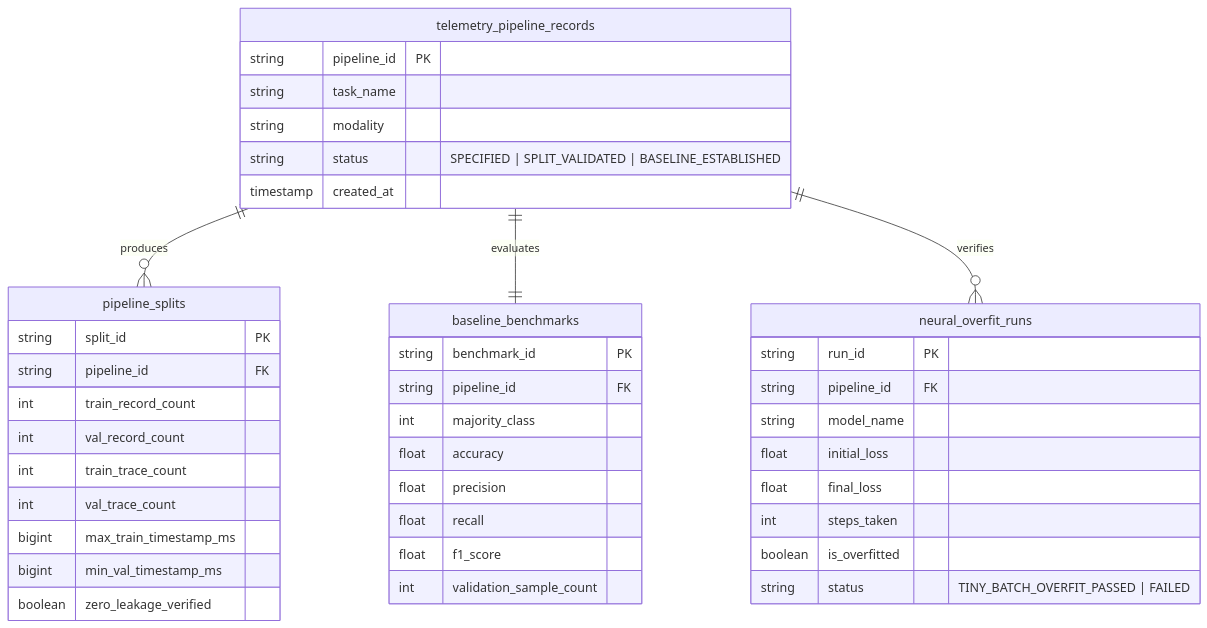
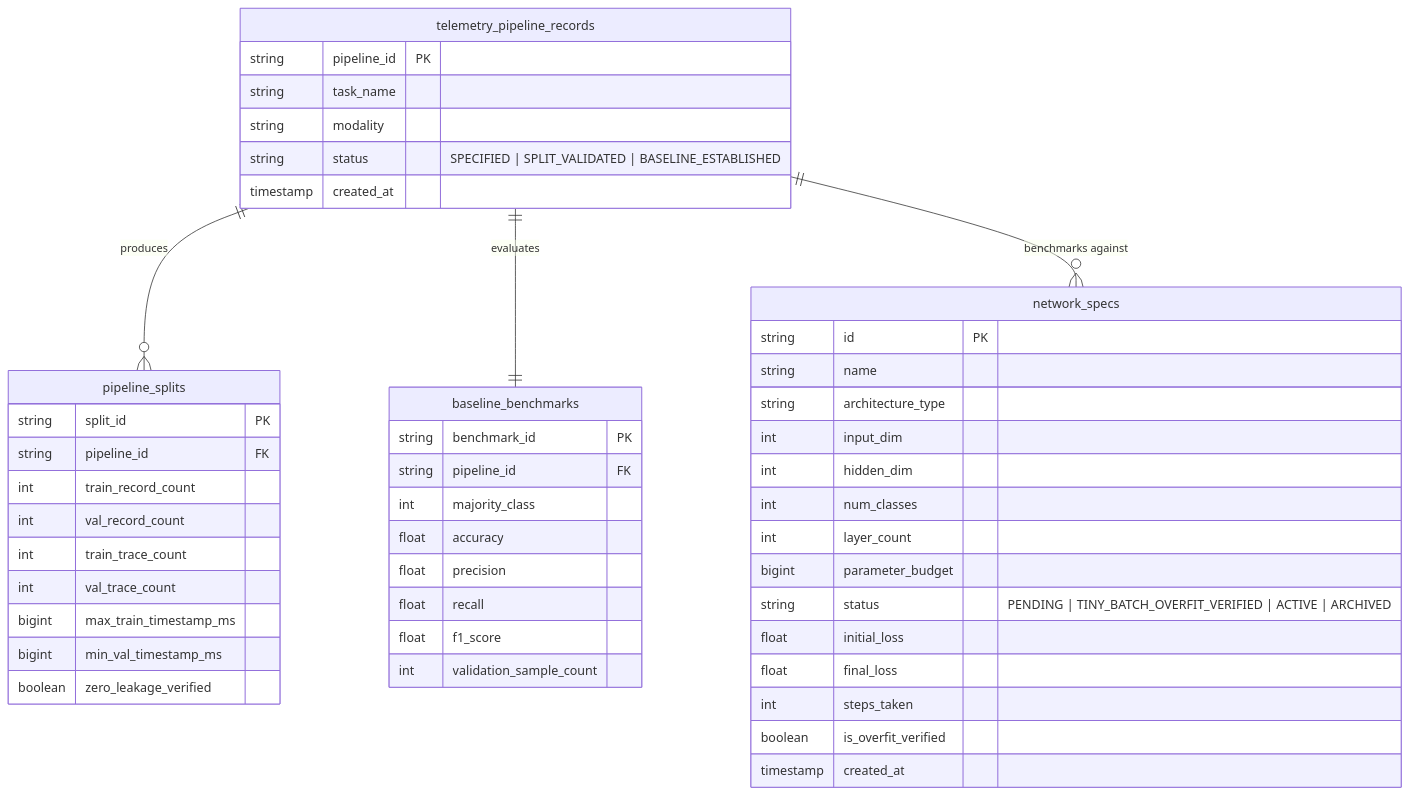
Before and after one commit to Chief-Strategist-J/llm-obs-neural-network-design: the fourth of 4 diagrams in adr/0001-distributed-systems-telemetry-pipeline-and-baselines.md, drawn with Mermaid. The commit also changed other lines of this file, not shown here.

Commit message:
docs(adr): update ADR-0001 with detailed mathematical formulas, PyTorch residual architecture, and consolidated feature flow

````diff
--- a/adr/0001-distributed-systems-telemetry-pipeline-and-baselines.md
+++ b/adr/0001-distributed-systems-telemetry-pipeline-and-baselines.md
@@ -146,48 +136,54 @@
 ```mermaid
 erDiagram
     telemetry_pipeline_records ||--o{ pipeline_splits : "produces"
     telemetry_pipeline_records ||--|| baseline_benchmarks : "evaluates"
-    telemetry_pipeline_records ||--o{ neural_overfit_runs : "verifies"
+    telemetry_pipeline_records ||--o{ network_specs : "benchmarks against"
 
     telemetry_pipeline_records {
         string pipeline_id PK
         string task_name
         string modality
         string status "SPECIFIED | SPLIT_VALIDATED | BASELINE_ESTABLISHED"
         timestamp created_at
     }
 
     pipeline_splits {
         string split_id PK
         string pipeline_id FK
         int train_record_count
         int val_record_count
         int train_trace_count
         int val_trace_count
         bigint max_train_timestamp_ms
         bigint min_val_timestamp_ms
         boolean zero_leakage_verified
     }
 
     baseline_benchmarks {
         string benchmark_id PK
         string pipeline_id FK
         int majority_class
         float accuracy
         float precision
         float recall
         float f1_score
         int validation_sample_count
     }
 
-    neural_overfit_runs {
-        string run_id PK
-        string pipeline_id FK
-        string model_name
+    network_specs {
+        string id PK
+        string name
+        string architecture_type
+        int input_dim
+        int hidden_dim
+        int num_classes
+        int layer_count
+        bigint parameter_budget
+        string status "PENDING | TINY_BATCH_OVERFIT_VERIFIED | ACTIVE | ARCHIVED"
         float initial_loss
         float final_loss
         int steps_taken
-        boolean is_overfitted
-        string status "TINY_BATCH_OVERFIT_PASSED | FAILED"
+        boolean is_overfit_verified
+        timestamp created_at
     }
 ```
````
